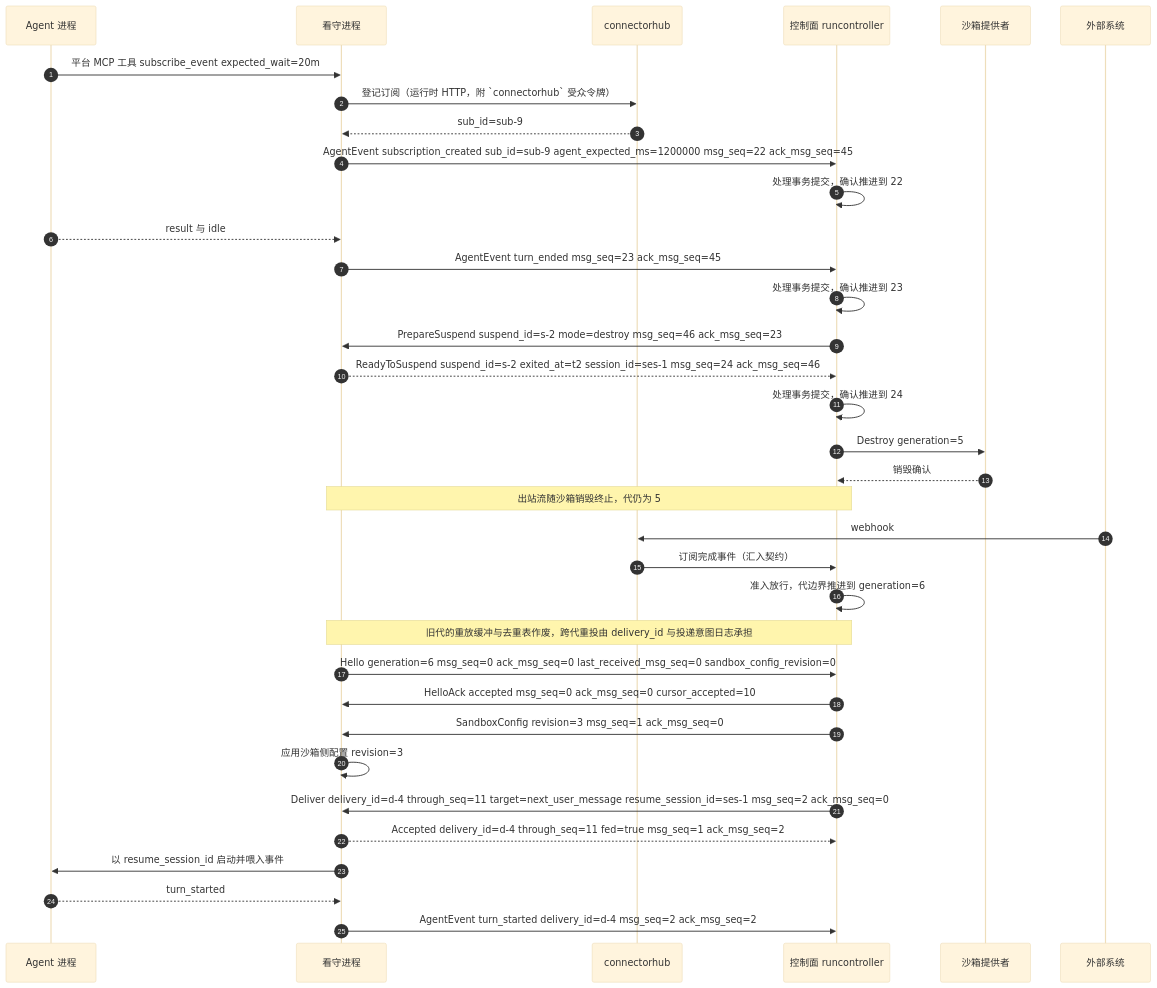
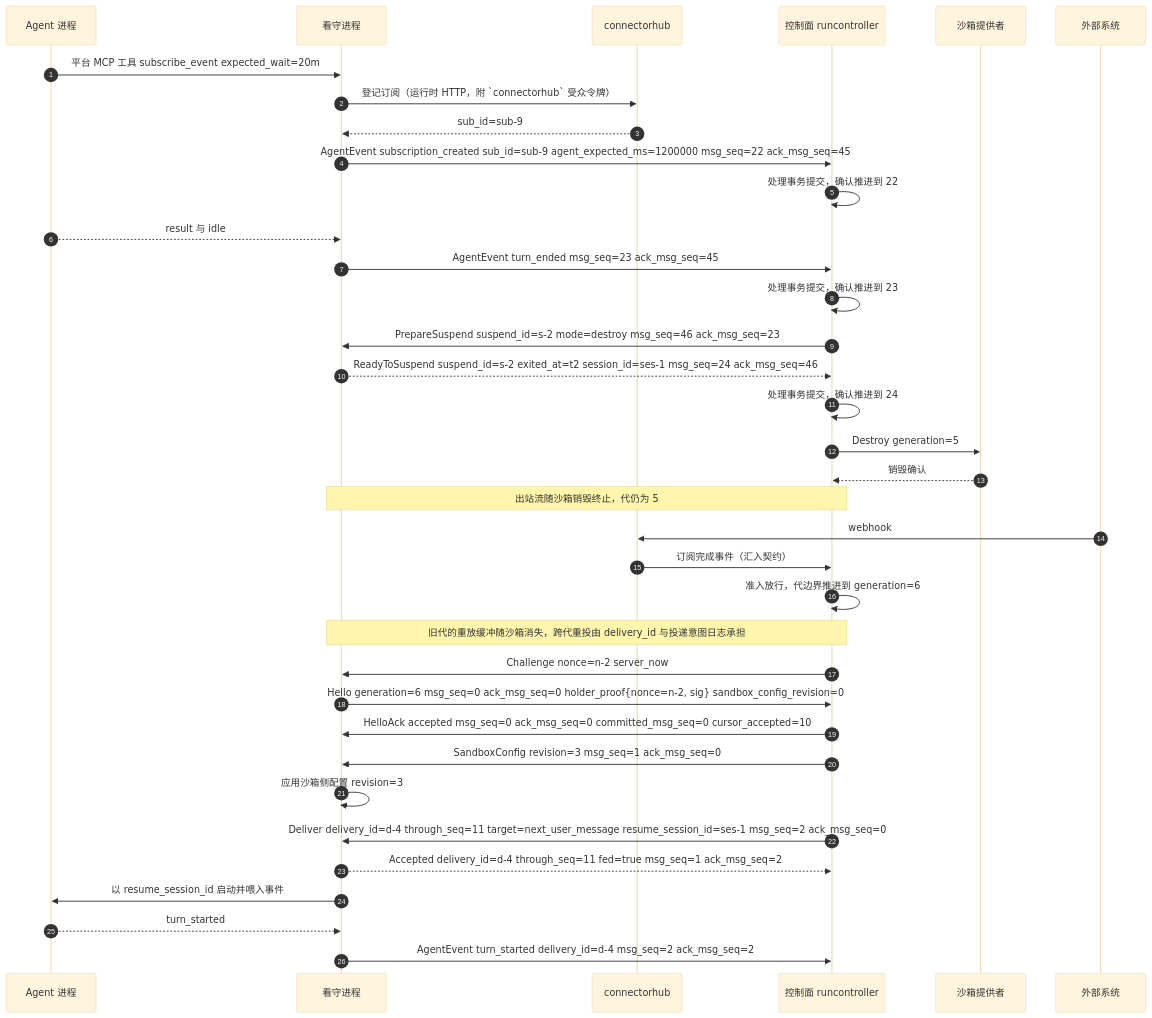
The fourth of 8 diagrams in docs/design/modules/design-agentprotocol.md (wangzw/castworks), drawn with Mermaid (base theme) before and after one commit. The commit also changed other lines of this file and 35 other files, not shown here.

````diff
--- a/docs/design/modules/design-agentprotocol.md
+++ b/docs/design/modules/design-agentprotocol.md
@@ -449,37 +577,38 @@
 ```mermaid
 sequenceDiagram
     autonumber
     participant A as Agent 进程
     participant W as 看守进程
     participant C as connectorhub
     participant R as 控制面 runcontroller
     participant P as 沙箱提供者
     participant X as 外部系统
     A->>W: 平台 MCP 工具 subscribe_event expected_wait=20m
     W->>C: 登记订阅（运行时 HTTP，附 `connectorhub` 受众令牌）
     C-->>W: sub_id=sub-9
     W->>R: AgentEvent subscription_created sub_id=sub-9 agent_expected_ms=1200000 msg_seq=22 ack_msg_seq=45
     R->>R: 处理事务提交，确认推进到 22
     A-->>W: result 与 idle
     W->>R: AgentEvent turn_ended msg_seq=23 ack_msg_seq=45
     R->>R: 处理事务提交，确认推进到 23
     R->>W: PrepareSuspend suspend_id=s-2 mode=destroy msg_seq=46 ack_msg_seq=23
     W-->>R: ReadyToSuspend suspend_id=s-2 exited_at=t2 session_id=ses-1 msg_seq=24 ack_msg_seq=46
     R->>R: 处理事务提交，确认推进到 24
     R->>P: Destroy generation=5
     P-->>R: 销毁确认
     Note over W,R: 出站流随沙箱销毁终止，代仍为 5
     X->>C: webhook
     C->>R: 订阅完成事件（汇入契约）
     R->>R: 准入放行，代边界推进到 generation=6
-    Note over W,R: 旧代的重放缓冲与去重表作废，跨代重投由 delivery_id 与投递意图日志承担
-    W->>R: Hello generation=6 msg_seq=0 ack_msg_seq=0 last_received_msg_seq=0 sandbox_config_revision=0
-    R->>W: HelloAck accepted msg_seq=0 ack_msg_seq=0 cursor_accepted=10
+    Note over W,R: 旧代的重放缓冲随沙箱消失，跨代重投由 delivery_id 与投递意图日志承担
+    R->>W: Challenge nonce=n-2 server_now
+    W->>R: Hello generation=6 msg_seq=0 ack_msg_seq=0 holder_proof{nonce=n-2, sig} sandbox_config_revision=0
+    R->>W: HelloAck accepted msg_seq=0 ack_msg_seq=0 committed_msg_seq=0 cursor_accepted=10
     R->>W: SandboxConfig revision=3 msg_seq=1 ack_msg_seq=0
     W->>W: 应用沙箱侧配置 revision=3
     R->>W: Deliver delivery_id=d-4 through_seq=11 target=next_user_message resume_session_id=ses-1 msg_seq=2 ack_msg_seq=0
     W-->>R: Accepted delivery_id=d-4 through_seq=11 fed=true msg_seq=1 ack_msg_seq=2
     W->>A: 以 resume_session_id 启动并喂入事件
     A-->>W: turn_started
     W->>R: AgentEvent turn_started delivery_id=d-4 msg_seq=2 ack_msg_seq=2
 ```
````
